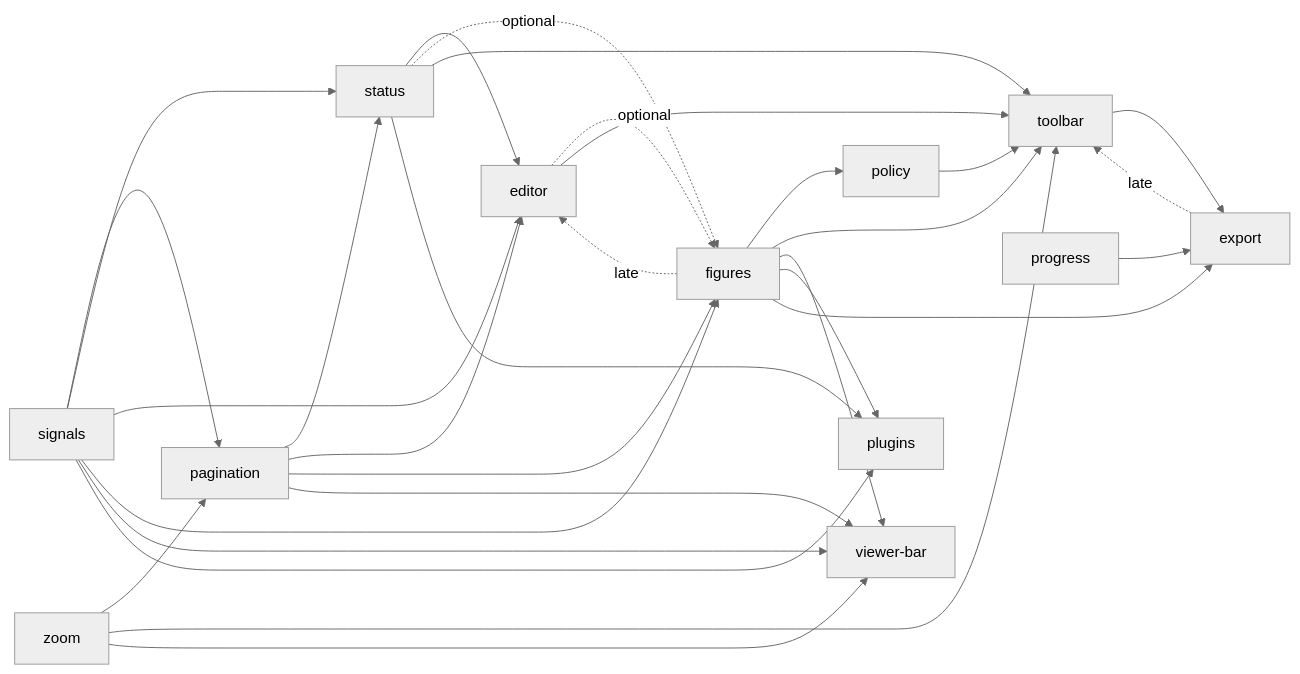
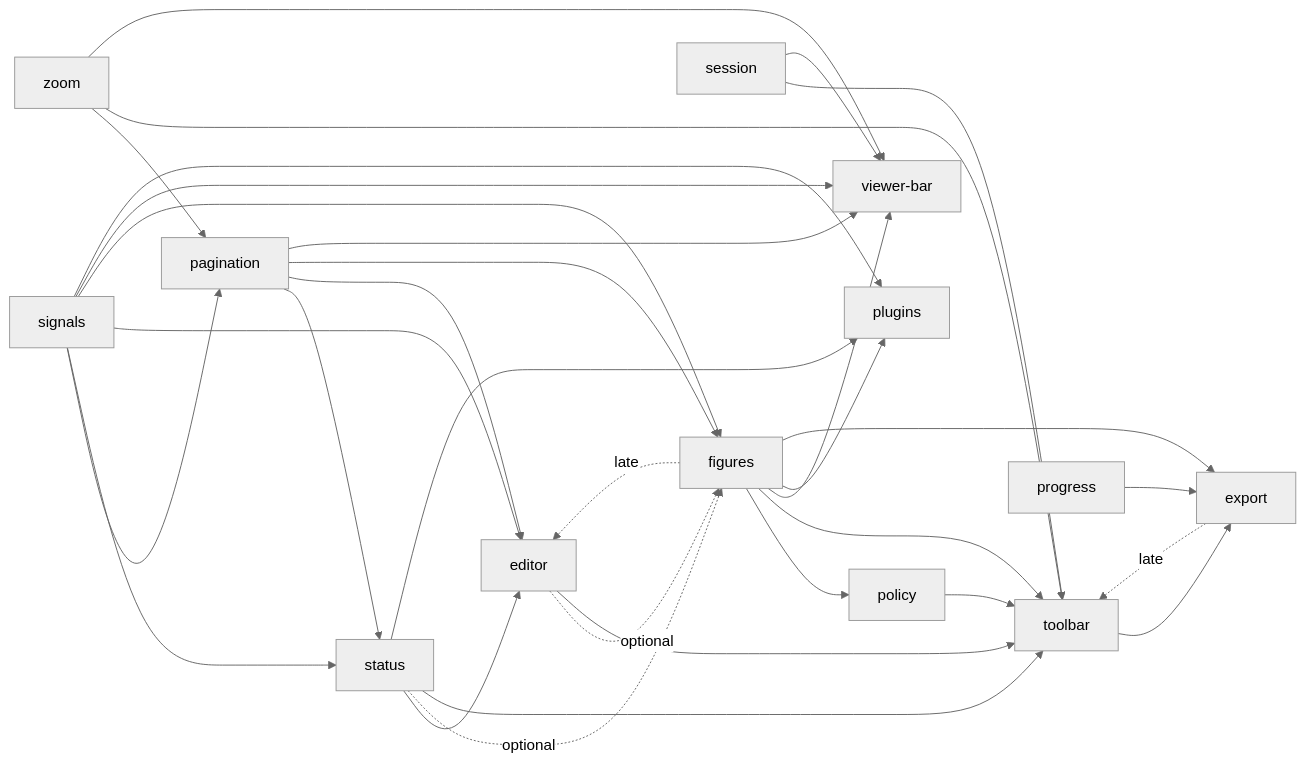
One commit to nakrasian/standalone-doc changed the diagram in DEPS.md. Above: the diagram before and after it, drawn with Mermaid (neutral theme). The commit also changed other lines of this file and 33 other files, not shown here.

````diff
--- a/DEPS.md
+++ b/DEPS.md
@@ -27,32 +28,34 @@
 ```mermaid
 graph LR
   signals --> pagination
   zoom --> pagination
   signals --> status
   pagination --> status
   signals --> editor
   status --> editor
   pagination --> editor
   figures -.->|late| editor
   signals --> figures
   pagination --> figures
   status -.->|optional| figures
   editor -.->|optional| figures
   figures --> policy
   zoom --> toolbar
   editor --> toolbar
   figures --> toolbar
   status --> toolbar
   policy --> toolbar
+  session --> toolbar
   export -.->|late| toolbar
   pagination --> viewer-bar
   zoom --> viewer-bar
   figures --> viewer-bar
   signals --> viewer-bar
+  session --> viewer-bar
   signals --> plugins
   figures --> plugins
   status --> plugins
   figures --> export
   toolbar --> export
   progress --> export
 ```
````
